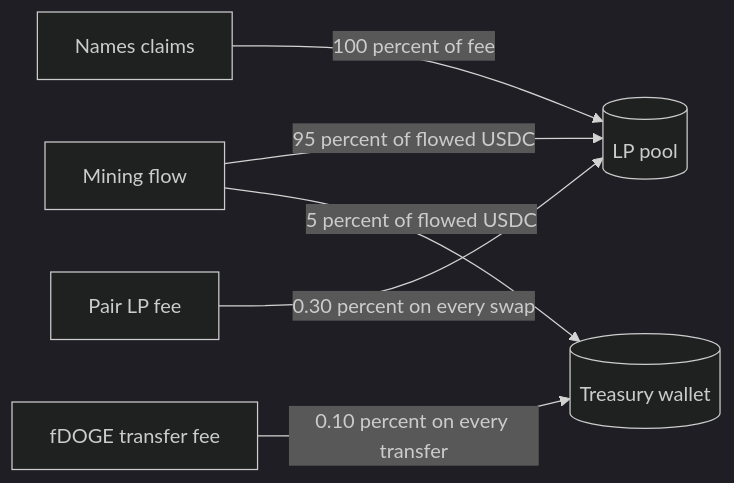
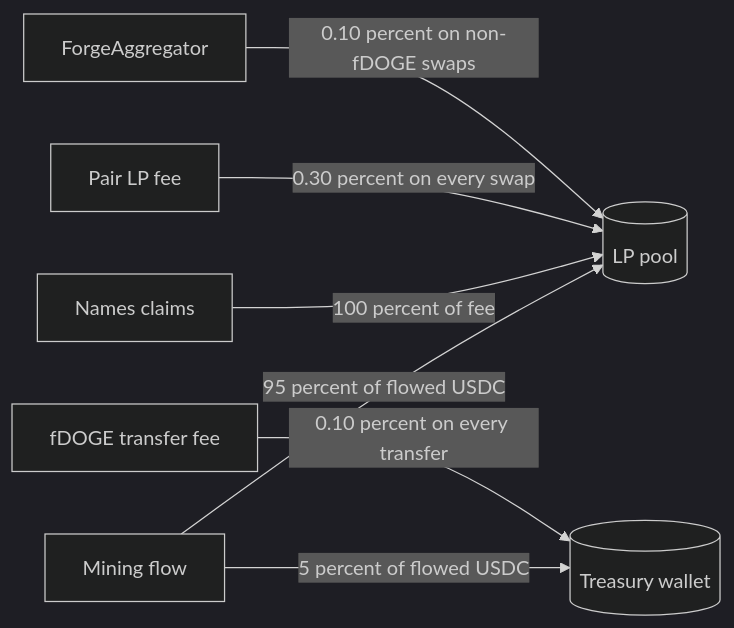
Diagram 18 of 19 in WHITEPAPER.md (dudelynft-dotcom/DF), drawn with Mermaid (dark theme) before and after one commit. The commit also changed other lines of this file and 6 other files, not shown here.

Commit message:
ForgeAggregator: 0.10% platform fee on non-fDOGE swaps -> LiquidityManager

````diff
--- a/WHITEPAPER.md
+++ b/WHITEPAPER.md
@@ -910,8 +910,9 @@
 ```mermaid
 flowchart LR
     M[Mining flow] -->|95 percent of flowed USDC| LP[(LP pool)]
     M -->|5 percent of flowed USDC| TR[(Treasury wallet)]
     NM[Names claims] -->|100 percent of fee| LP
     TF[fDOGE transfer fee] -->|0.10 percent on every transfer| TR
     LPF[Pair LP fee] -->|0.30 percent on every swap| LP
+    AGG[ForgeAggregator] -->|0.10 percent on non-fDOGE swaps| LP
 ```
````
